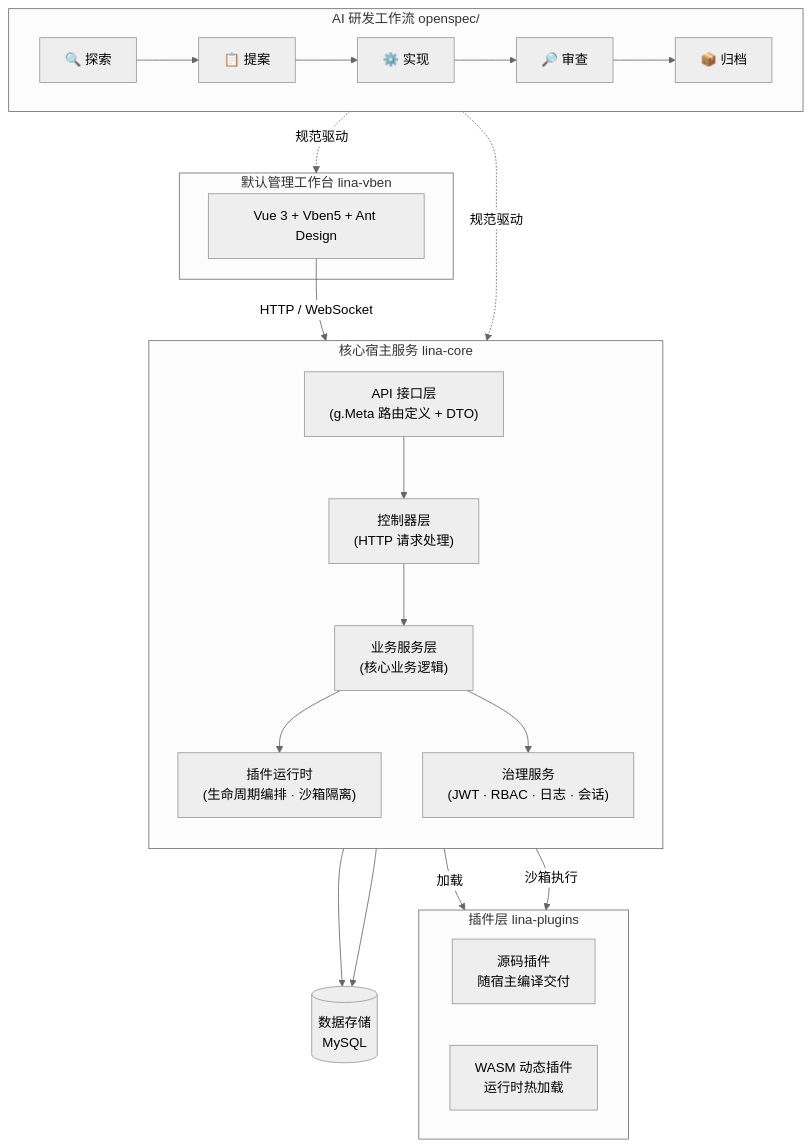
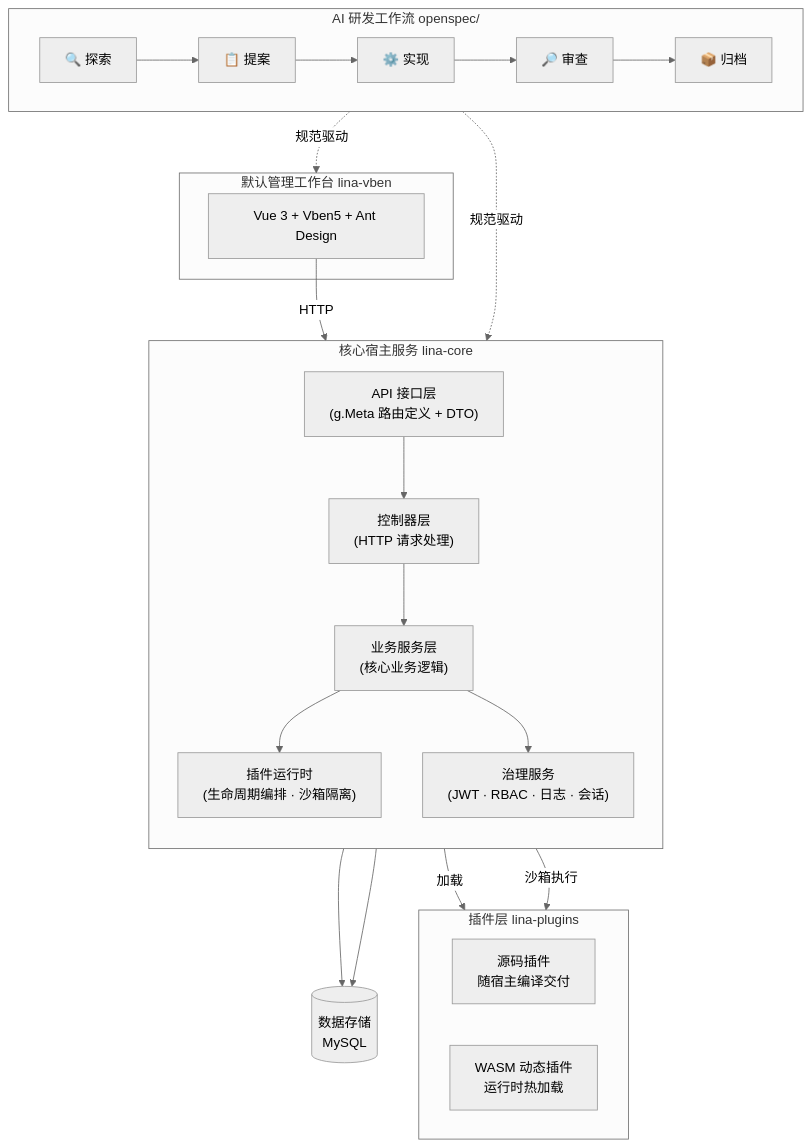
Before and after one commit to linaproai/linapro-site: the first of 4 diagrams in apps/lina-site/docs/docs/2000-architecture/2000-architecture.md, drawn with Mermaid (neutral theme). The commit also changed 4 other files, not shown here.

Commit message:
docs(lina-site): clarify architecture behavior

````diff
--- a/apps/lina-site/docs/docs/2000-architecture/2000-architecture.md
+++ b/apps/lina-site/docs/docs/2000-architecture/2000-architecture.md
@@ -32,39 +32,39 @@
 ```mermaid
 graph TB
     subgraph Workflow["AI 研发工作流  openspec/"]
         direction LR
         Explore["🔍 探索"] --> Propose["📋 提案"] --> Implement["⚙️ 实现"] --> Review["🔎 审查"] --> Archive["📦 归档"]
     end
 
     subgraph Frontend["默认管理工作台  lina-vben"]
         UI["Vue 3 + Vben5 + Ant Design"]
     end
 
     subgraph Host["核心宿主服务  lina-core"]
         direction TB
         API["API 接口层\n(g.Meta 路由定义 + DTO)"]
         Ctrl["控制器层\n(HTTP 请求处理)"]
         Svc["业务服务层\n(核心业务逻辑)"]
         Plugin["插件运行时\n(生命周期编排 · 沙箱隔离)"]
         Gov["治理服务\n(JWT · RBAC · 日志 · 会话)"]
         API --> Ctrl --> Svc
         Svc --> Plugin
         Svc --> Gov
     end
 
     subgraph Plugins["插件层  lina-plugins"]
         direction LR
         Source["源码插件\n随宿主编译交付"]
         Dynamic["WASM 动态插件\n运行时热加载"]
     end
 
     DB[("数据存储\nMySQL")]
 
     Workflow -.->|规范驱动| Frontend
     Workflow -.->|规范驱动| Host
-    UI -->|"HTTP / WebSocket"| API
+    UI -->|HTTP| API
     Plugin -->|加载| Source
     Plugin -->|沙箱执行| Dynamic
     Svc --> DB
     Gov --> DB
 ```
````
